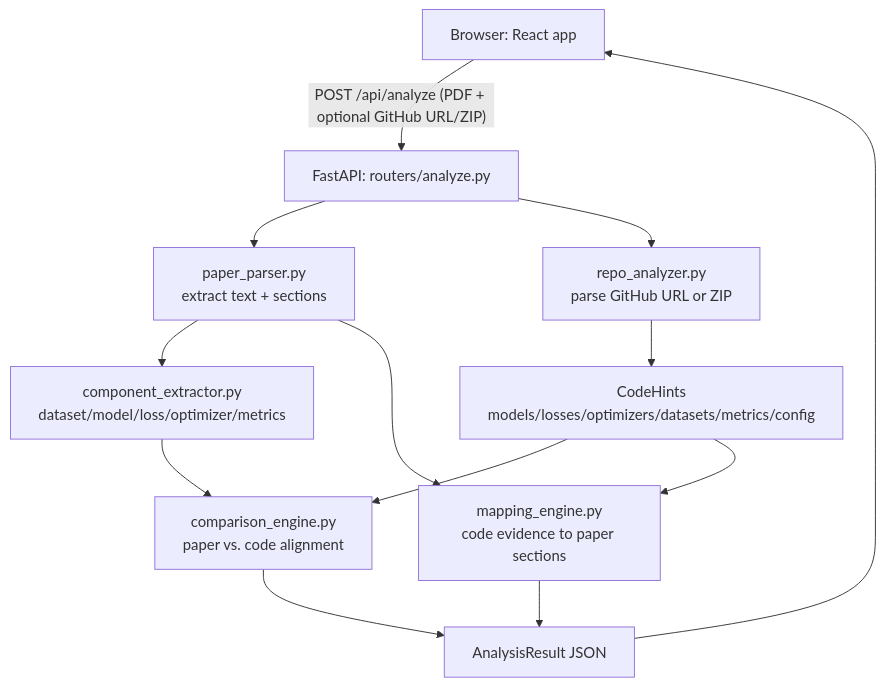
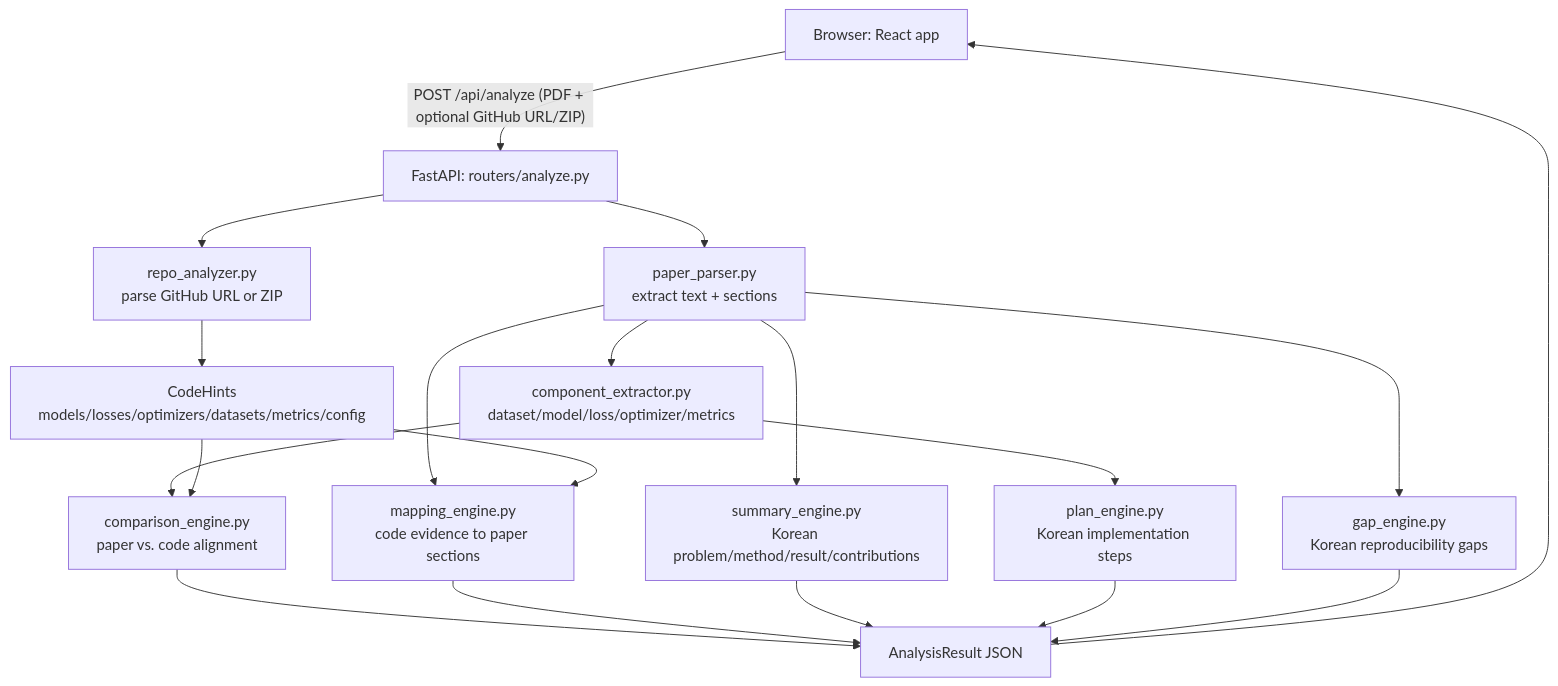
The diagram in README.md (zohijin-k/prism), drawn with Mermaid before and after one commit. The commit also changed other lines of this file and 6 other files, not shown here.

````diff
--- a/README.md
+++ b/README.md
@@ -40,15 +42,21 @@
 ```mermaid
 flowchart TD
     A[Browser: React app] -- "POST /api/analyze (PDF + optional GitHub URL/ZIP)" --> B[FastAPI: routers/analyze.py]
     B --> C[paper_parser.py<br/>extract text + sections]
     B --> D[repo_analyzer.py<br/>parse GitHub URL or ZIP]
     C --> E[component_extractor.py<br/>dataset/model/loss/optimizer/metrics]
     D --> F[CodeHints<br/>models/losses/optimizers/datasets/metrics/config]
     E --> G[comparison_engine.py<br/>paper vs. code alignment]
     F --> G
     C --> H[mapping_engine.py<br/>code evidence to paper sections]
     F --> H
+    C --> J[summary_engine.py<br/>Korean problem/method/result/contributions]
+    E --> K[plan_engine.py<br/>Korean implementation steps]
+    C --> L[gap_engine.py<br/>Korean reproducibility gaps]
     G --> I[AnalysisResult JSON]
     H --> I
+    J --> I
+    K --> I
+    L --> I
     I --> A
 ```
````
